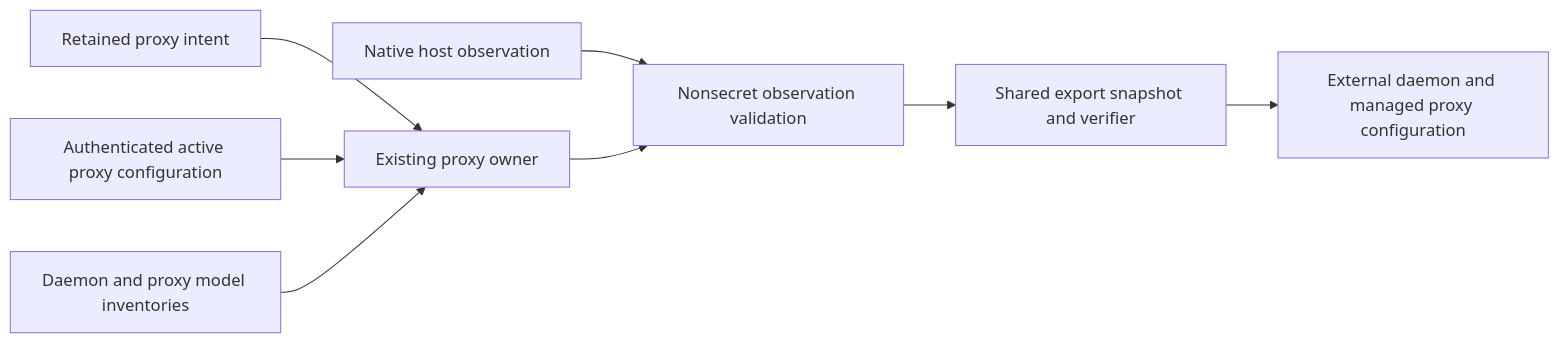
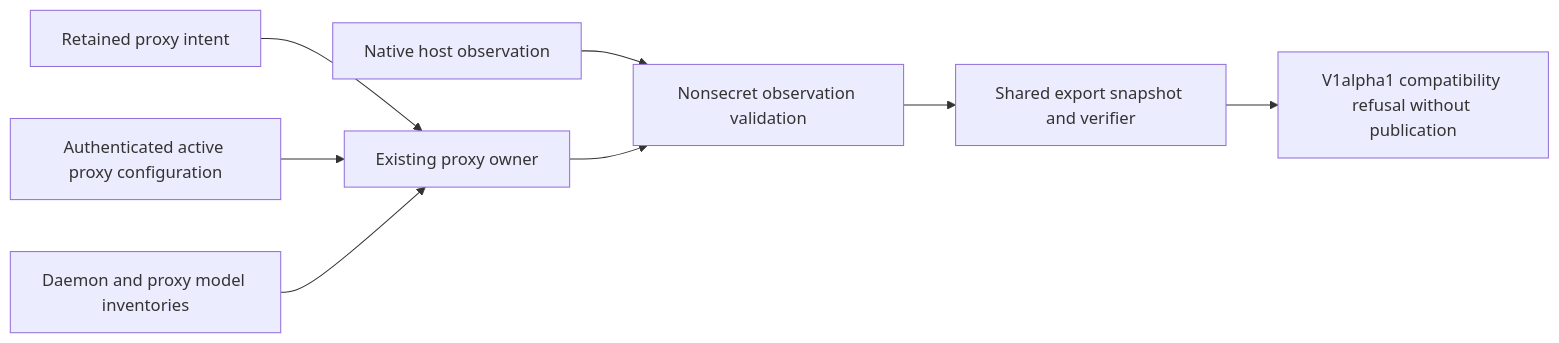
Before and after one commit to NVIDIA/NemoClaw: the diagram in src/lib/inference/README.md, drawn with Mermaid. The commit also changed other lines of this file and 3 other files, not shown here.

````diff
--- a/src/lib/inference/README.md
+++ b/src/lib/inference/README.md
@@ -39,10 +43,10 @@
 ```mermaid
 flowchart LR
   retained[Retained proxy intent] --> owner[Existing proxy owner]
   active[Authenticated active proxy configuration] --> owner
   models[Daemon and proxy model inventories] --> owner
   host[Native host observation] --> observation[Nonsecret observation validation]
   owner --> observation
   observation --> export[Shared export snapshot and verifier]
-  export --> document[External daemon and managed proxy configuration]
+  export --> refusal[V1alpha1 compatibility refusal without publication]
 ```
````
